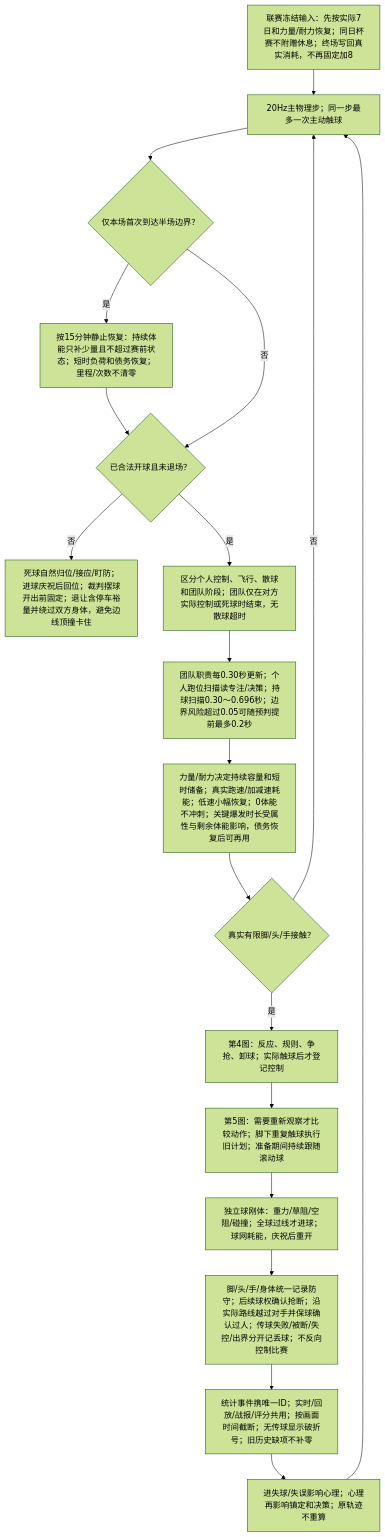
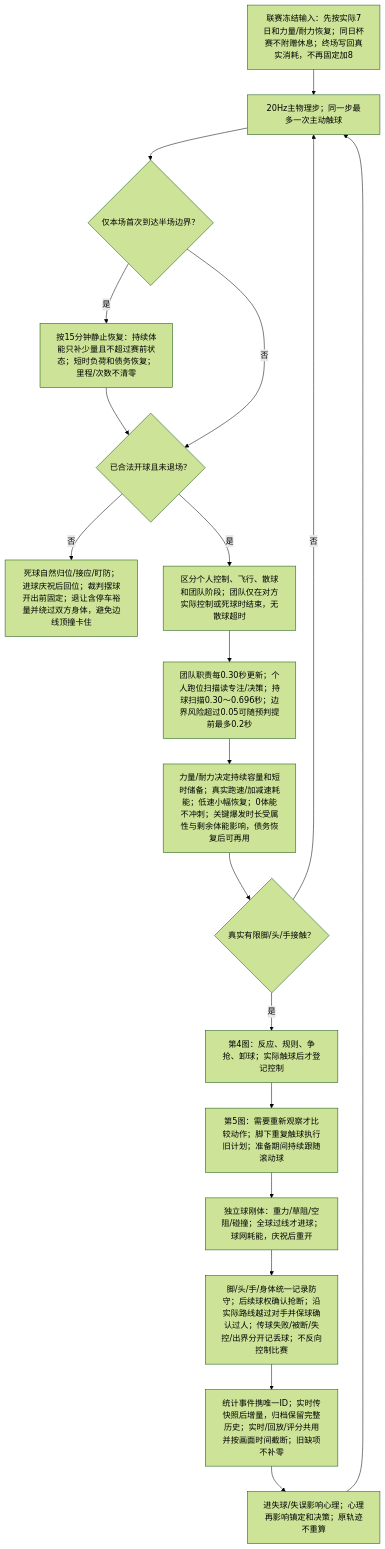
The first of 7 diagrams in packages/shared/modules/matches/design/PLAYER_DECISION_MAP.md (sixu3575/touchline-manager), drawn with Mermaid (forest theme) before and after one commit. The commit also changed 13 other files, not shown here.

````diff
--- a/packages/shared/modules/matches/design/PLAYER_DECISION_MAP.md
+++ b/packages/shared/modules/matches/design/PLAYER_DECISION_MAP.md
@@ -11,21 +11,21 @@
 ```mermaid
 flowchart TD
   OW["联赛冻结输入：先按实际7日和力量/耐力恢复；同日杯赛不附赠休息；终场写回真实消耗，不再固定加8"] --> O0["20Hz主物理步；同一步最多一次主动触球"]
   O0 --> OH{"仅本场首次到达半场边界？"}
   OH -->|是| OH1["按15分钟静止恢复：持续体能只补少量且不超过赛前状态；短时负荷和债务恢复；里程/次数不清零"]
   OH1 --> O1{"已合法开球且未退场？"}
   OH -->|否| O1
   O1 -->|否| O2["死球自然归位/接应/盯防；进球庆祝后回位；裁判摆球开出前固定；退让含停车裕量并绕过双方身体，避免边线顶撞卡住"]
   O1 -->|是| O3["区分个人控制、飞行、散球和团队阶段；团队仅在对方实际控制或死球时结束，无散球超时"]
   O3 --> O4["团队职责每0.30秒更新；个人跑位扫描读专注/决策；持球扫描0.30～0.696秒；边界风险超过0.05可随预判提前最多0.2秒"]
   O4 --> O5["力量/耐力决定持续容量和短时储备；真实跑速/加减速耗能；低速小幅恢复；0体能不冲刺；关键爆发时长受属性与剩余体能影响，债务恢复后可再用"]
   O5 --> O6{"真实有限脚/头/手接触？"}
   O6 -->|否| O0
   O6 -->|是| O7["第4图：反应、规则、争抢、卸球；实际触球后才登记控制"]
   O7 --> O8["第5图：需要重新观察才比较动作；脚下重复触球执行旧计划；准备期间持续跟随滚动球"]
   O8 --> O9["独立球刚体：重力/草阻/空阻/碰撞；全球过线才进球；球网耗能，庆祝后重开"]
   O9 --> OS["脚/头/手/身体统一记录防守；后续球权确认抢断；沿实际路线越过对手并保球确认过人；传球失败/被断/失控/出界分开记丢球；不反向控制比赛"]
-  OS --> OSC["统计事件携唯一ID；实时/回放/战报/评分共用；按画面时间截断；无传球显示破折号；旧历史缺项不补零"]
+  OS --> OSC["统计事件携唯一ID；实时传快照后增量，归档保留完整历史；实时/回放/评分共用并按画面时间截断；旧缺项不补零"]
   OSC --> OM["进失球/失误影响心理；心理再影响镇定和决策；原轨迹不重算"]
   OM --> O0
 ```
````
